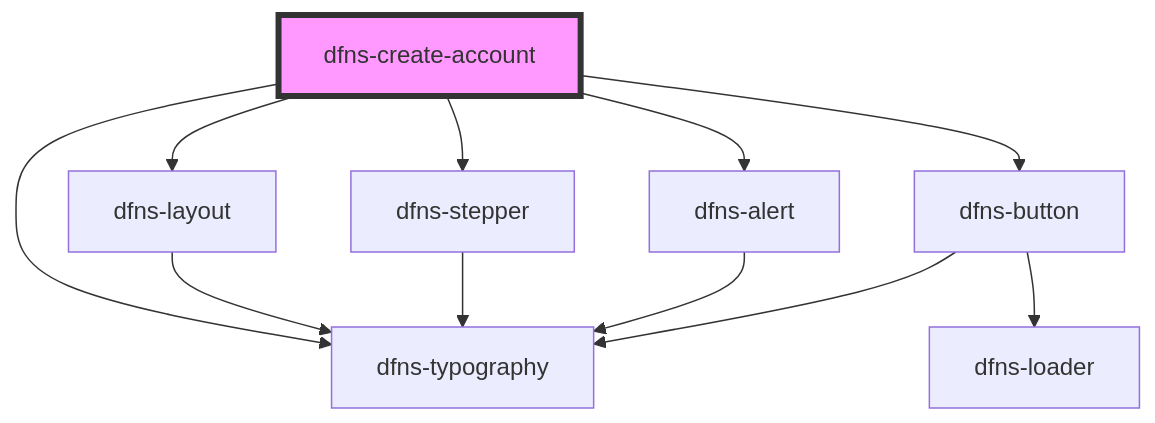
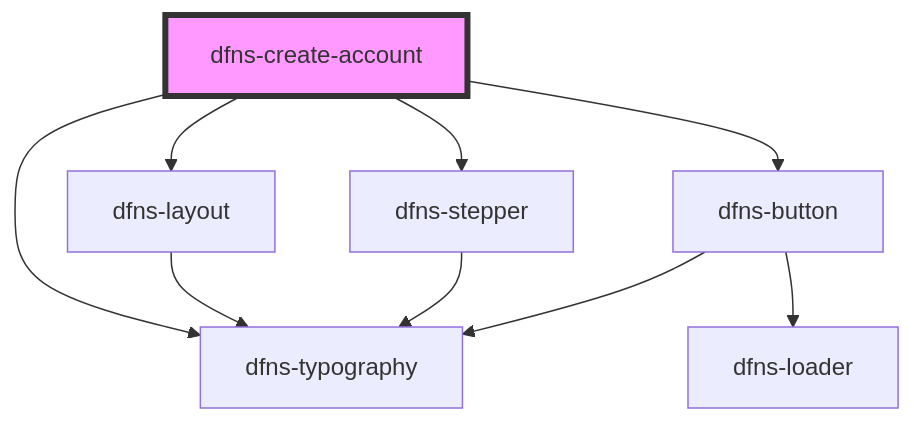
One commit to dfnsext/web-ui changed the diagram in src/components/dfns-create-account/readme.md. Above: the diagram before and after it, drawn with Mermaid. The commit also changed other lines of this file and 5 other files, not shown here.

````diff
--- a/src/components/dfns-create-account/readme.md
+++ b/src/components/dfns-create-account/readme.md
@@ -35,14 +34,12 @@
 ```mermaid
 graph TD;
   dfns-create-account --> dfns-layout
   dfns-create-account --> dfns-typography
   dfns-create-account --> dfns-stepper
-  dfns-create-account --> dfns-alert
   dfns-create-account --> dfns-button
   dfns-layout --> dfns-typography
   dfns-stepper --> dfns-typography
-  dfns-alert --> dfns-typography
   dfns-button --> dfns-typography
   dfns-button --> dfns-loader
   style dfns-create-account fill:#f9f,stroke:#333,stroke-width:4px
 ```
````
